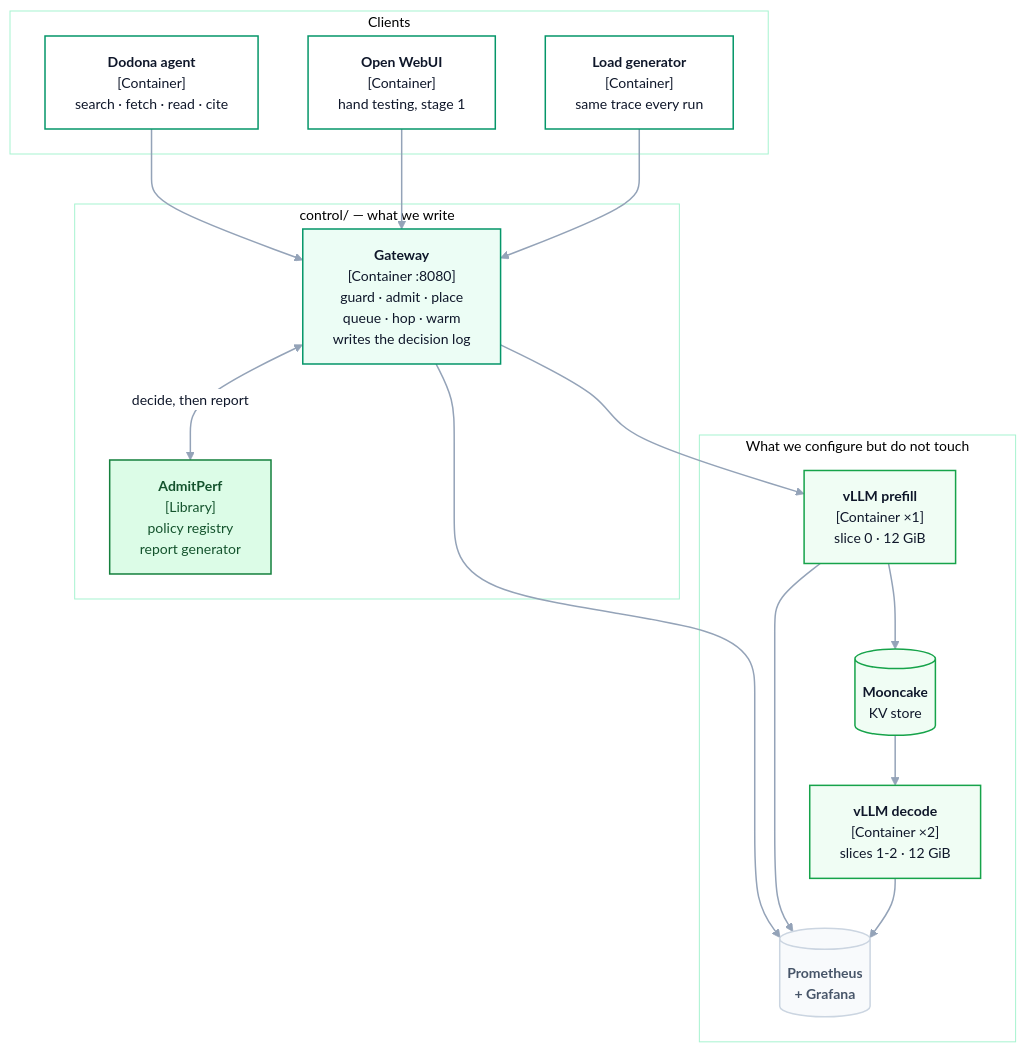
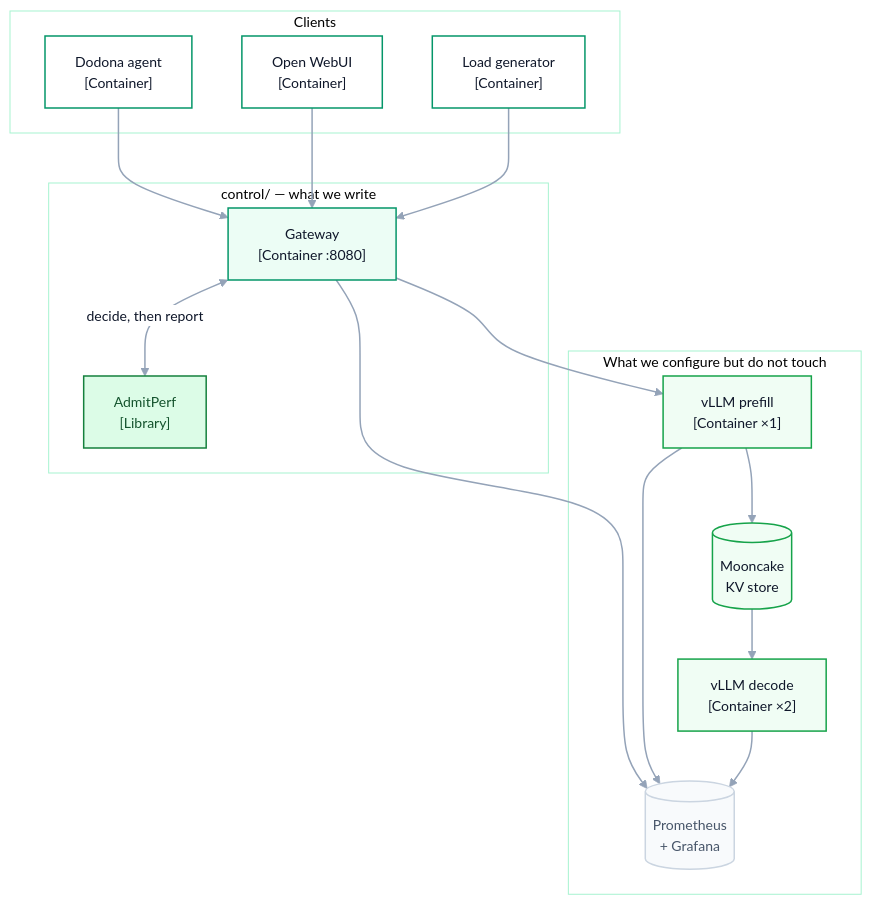
The second of 3 diagrams in PROJECT.md (harshuljain13/Dodona), drawn with Mermaid before and after one commit. The commit also changed other lines of this file and 17 other files, not shown here.

````diff
--- a/PROJECT.md
+++ b/PROJECT.md
@@ -231,62 +231,62 @@
 ```mermaid
 %%{init: {'theme':'base','themeVariables':{
   'fontFamily':'ui-sans-serif, -apple-system, Segoe UI, Inter, Helvetica, Arial, sans-serif','fontSize':'14px',
   'primaryColor':'#ecfdf5','primaryTextColor':'#0f172a','primaryBorderColor':'#059669',
   'secondaryColor':'#f8fafc','tertiaryColor':'#ffffff',
   'lineColor':'#94a3b8','textColor':'#1e293b',
   'clusterBkg':'#ffffff','clusterBorder':'#a7f3d0',
   'edgeLabelBackground':'#ffffff','nodeBorder':'#059669'
 }}}%%
 flowchart TB
   subgraph CLIENTS["Clients"]
-    AG["<b>Dodona agent</b><br/>[Container]<br/>search · fetch · read · cite"]
-    UI["<b>Open WebUI</b><br/>[Container]<br/>hand testing, stage 1"]
-    LOAD["<b>Load generator</b><br/>[Container]<br/>same trace every run"]
+    AG["Dodona agent<br/>[Container]"]
+    UI["Open WebUI<br/>[Container]"]
+    LOAD["Load generator<br/>[Container]"]
   end
 
   subgraph OURS["control/ — what we write"]
-    GW["<b>Gateway</b><br/>[Container :8080]<br/>guard · admit · place<br/>queue · hop · warm<br/>writes the decision log"]
-    AP["<b>AdmitPerf</b><br/>[Library]<br/>policy registry<br/>report generator"]
+    GW["Gateway<br/>[Container :8080]"]
+    AP["AdmitPerf<br/>[Library]"]
   end
 
   subgraph ENGINE["What we configure but do not touch"]
-    PF["<b>vLLM prefill</b><br/>[Container ×1]<br/>slice 0 · 12 GiB"]
-    DC["<b>vLLM decode</b><br/>[Container ×2]<br/>slices 1-2 · 12 GiB"]
-    MC[("<b>Mooncake</b><br/>KV store")]
-    OBS[("<b>Prometheus<br/>+ Grafana</b>")]
+    PF["vLLM prefill<br/>[Container ×1]"]
+    DC["vLLM decode<br/>[Container ×2]"]
+    MC[("Mooncake<br/>KV store")]
+    OBS[("Prometheus<br/>+ Grafana")]
   end
 
   AG --> GW
   UI --> GW
   LOAD --> GW
   GW <-->|"decide, then report"| AP
   GW --> PF
   PF --> MC --> DC
   GW --> OBS
   PF --> OBS
   DC --> OBS
 
   class AG,UI,LOAD accent
   class GW primary
   class AP highlight
   class PF,DC secondary
   class MC data
   class OBS neutral
 
     classDef primary   fill:#ecfdf5,stroke:#059669,stroke-width:1.5px,color:#0f172a
     classDef secondary fill:#f0fdf4,stroke:#16a34a,stroke-width:1.5px,color:#0f172a
     classDef accent    fill:#ffffff,stroke:#059669,stroke-width:1.5px,color:#0f172a
     classDef decision  fill:#ffffff,stroke:#047857,stroke-width:2px,color:#065f46
     classDef gate      fill:#ffffff,stroke:#047857,stroke-width:2px,color:#065f46
     classDef data      fill:#f0fdf4,stroke:#16a34a,stroke-width:1.5px,color:#0f172a
     classDef neutral   fill:#f8fafc,stroke:#cbd5e1,stroke-width:1.5px,color:#475569
     classDef success   fill:#d1fae5,stroke:#047857,stroke-width:1.5px,color:#065f46
     classDef out       fill:#d1fae5,stroke:#047857,stroke-width:1.5px,color:#065f46
     classDef input     fill:#ffffff,stroke:#94a3b8,stroke-width:1.5px,color:#334155
     classDef highlight fill:#dcfce7,stroke:#15803d,stroke-width:1.5px,color:#14532d
     classDef pick      fill:#d1fae5,stroke:#047857,stroke-width:2px,color:#064e3b
     classDef alt       fill:#ecfdf5,stroke:#059669,stroke-width:1.5px,color:#0f172a
     classDef dead      fill:#ffffff,stroke:#e2e8f0,stroke-width:1.5px,color:#94a3b8
     classDef note      fill:#ffffff,stroke:#e2e8f0,stroke-width:1px,color:#64748b
     linkStyle default stroke:#94a3b8,stroke-width:1.5px
 ```
````
